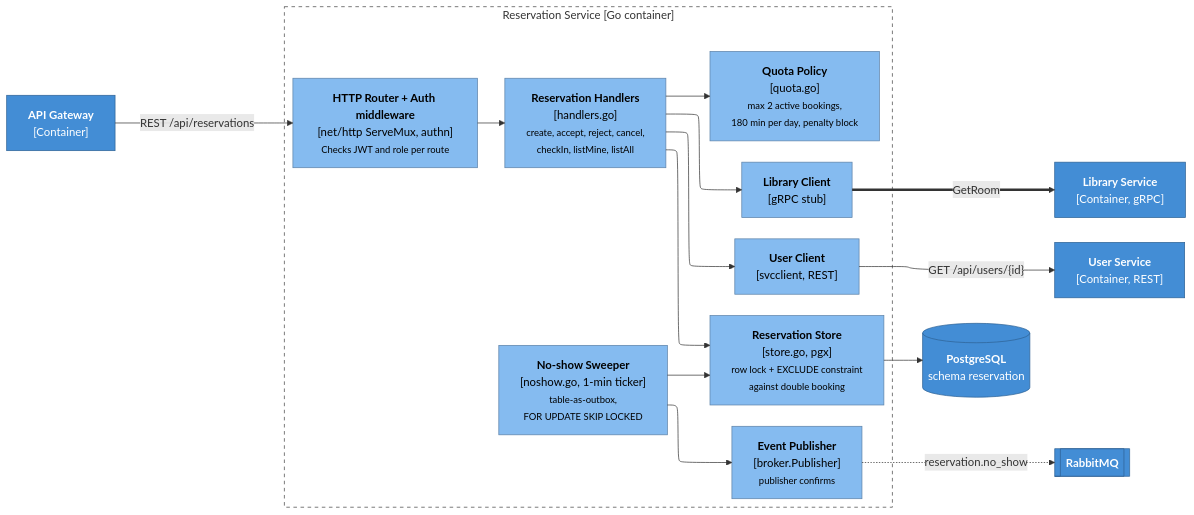
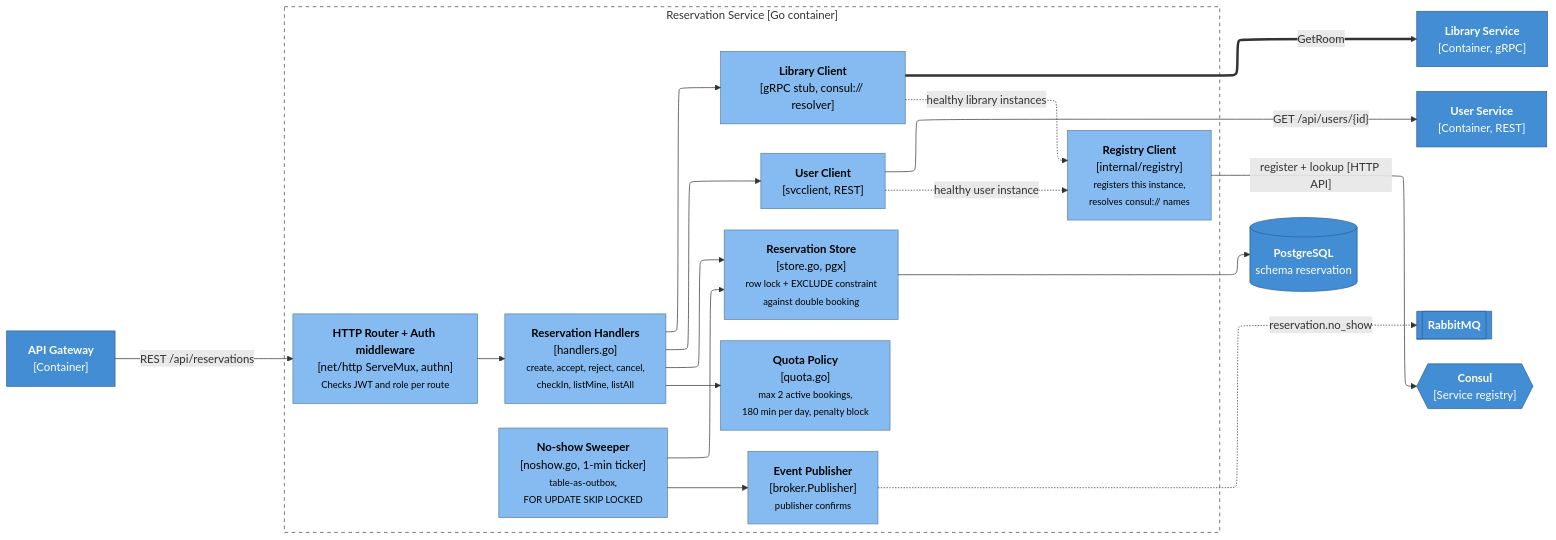
One commit to Mysterioucz/cu-seat-finder changed the diagram in docs/diagrams/c4-3-component-reservation.mmd. Above: the diagram before and after it, drawn with Mermaid. The commit also changed 6 other files, not shown here.

First line of the commit message:
docs: add Consul registry to C4 and sequence diagrams

```diff
--- a/docs/diagrams/c4-3-component-reservation.mmd
+++ b/docs/diagrams/c4-3-component-reservation.mmd
@@ -1,43 +1,48 @@
 ---
 config:
   layout: elk
 ---
 %% C4 Level 3: Components of the Reservation Service
 flowchart LR
     GW["<b>API Gateway</b><br/>[Container]"]
 
     subgraph RS["Reservation Service [Go container]"]
         direction LR
         Router["<b>HTTP Router + Auth middleware</b><br/>[net/http ServeMux, authn]<br/><small>Checks JWT and role per route</small>"]
         Handlers["<b>Reservation Handlers</b><br/>[handlers.go]<br/><small>create, accept, reject, cancel,<br/>checkIn, listMine, listAll</small>"]
         Quota["<b>Quota Policy</b><br/>[quota.go]<br/><small>max 2 active bookings,<br/>180 min per day, penalty block</small>"]
         Store["<b>Reservation Store</b><br/>[store.go, pgx]<br/><small>row lock + EXCLUDE constraint<br/>against double booking</small>"]
         Sweeper["<b>No-show Sweeper</b><br/>[noshow.go, 1-min ticker]<br/><small>table-as-outbox,<br/>FOR UPDATE SKIP LOCKED</small>"]
-        LibClient["<b>Library Client</b><br/>[gRPC stub]"]
+        LibClient["<b>Library Client</b><br/>[gRPC stub, consul:// resolver]"]
         UserClient["<b>User Client</b><br/>[svcclient, REST]"]
+        RegClient["<b>Registry Client</b><br/>[internal/registry]<br/><small>registers this instance,<br/>resolves consul:// names</small>"]
         Pub["<b>Event Publisher</b><br/>[broker.Publisher]<br/><small>publisher confirms</small>"]
     end
 
     Library["<b>Library Service</b><br/>[Container, gRPC]"]
     User["<b>User Service</b><br/>[Container, REST]"]
     PG[("<b>PostgreSQL</b><br/>schema reservation")]
     MQ[["<b>RabbitMQ</b>"]]
+    Consul{{"<b>Consul</b><br/>[Service registry]"}}
 
     GW -- "REST /api/reservations" --> Router
     Router --> Handlers
     Handlers --> Quota
     Handlers --> Store
     Handlers --> LibClient
     Handlers --> UserClient
     Sweeper --> Store
     Sweeper --> Pub
     LibClient == "GetRoom" ==> Library
     UserClient -- "GET /api/users/{id}" --> User
     Store --> PG
     Pub -. "reservation.no_show" .-> MQ
+    LibClient -. "healthy library instances" .-> RegClient
+    UserClient -. "healthy user instance" .-> RegClient
+    RegClient -- "register + lookup [HTTP API]" --> Consul
 
     classDef component fill:#85bbf0,stroke:#5d82a8,color:#000
     classDef container fill:#438dd5,stroke:#2e6295,color:#fff
-    class Router,Handlers,Quota,Store,Sweeper,LibClient,UserClient,Pub component
-    class GW,Library,User,PG,MQ container
+    class Router,Handlers,Quota,Store,Sweeper,LibClient,UserClient,Pub,RegClient component
+    class GW,Library,User,PG,MQ,Consul container
     style RS fill:#ffffff,stroke:#444,stroke-dasharray: 5 5
```
